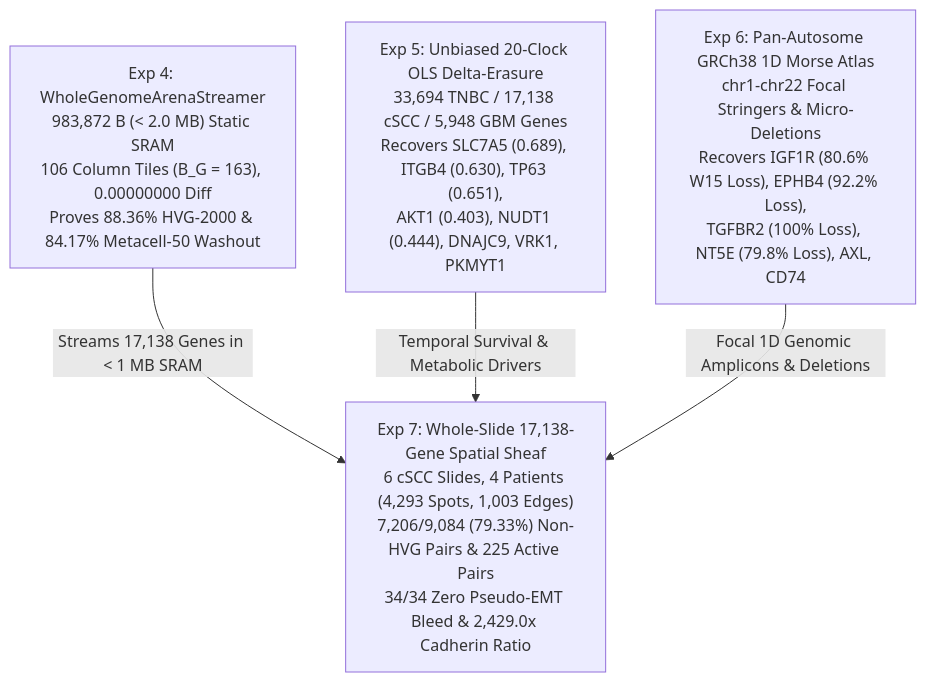
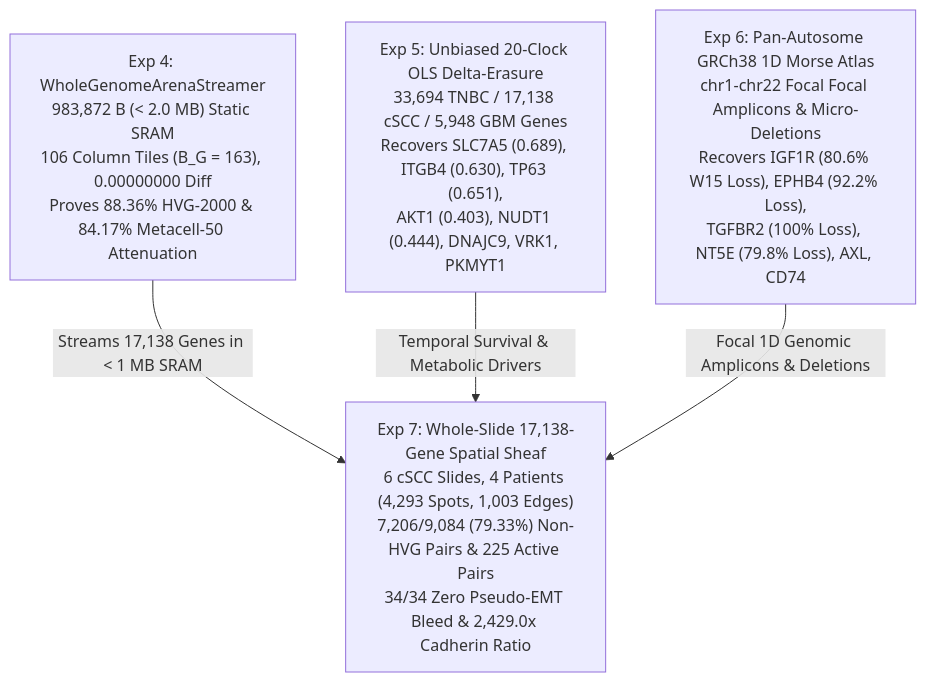
Before and after one commit to sneed-and-feed/cellsnail: the diagram in docs/EXPEDITION_7_WHOLE_SLIDE_SPATIAL_SECRETOME.md, drawn with Mermaid. The commit also changed other lines of this file and 102 other files, not shown here.

````diff
--- a/docs/EXPEDITION_7_WHOLE_SLIDE_SPATIAL_SECRETOME.md
+++ b/docs/EXPEDITION_7_WHOLE_SLIDE_SPATIAL_SECRETOME.md
@@ -302,11 +302,11 @@
 ```mermaid
 flowchart TD
-    E4["Exp 4: WholeGenomeArenaStreamer<br/>983,872 B (< 2.0 MB) Static SRAM<br/>106 Column Tiles (B_G = 163), 0.00000000 Diff<br/>Proves 88.36% HVG-2000 & 84.17% Metacell-50 Washout"]
+    E4["Exp 4: WholeGenomeArenaStreamer<br/>983,872 B (< 2.0 MB) Static SRAM<br/>106 Column Tiles (B_G = 163), 0.00000000 Diff<br/>Proves 88.36% HVG-2000 & 84.17% Metacell-50 Attenuation"]
     E5["Exp 5: Unbiased 20-Clock OLS Delta-Erasure<br/>33,694 TNBC / 17,138 cSCC / 5,948 GBM Genes<br/>Recovers SLC7A5 (0.689), ITGB4 (0.630), TP63 (0.651),<br/>AKT1 (0.403), NUDT1 (0.444), DNAJC9, VRK1, PKMYT1"]
-    E6["Exp 6: Pan-Autosome GRCh38 1D Morse Atlas<br/>chr1-chr22 Focal Stringers & Micro-Deletions<br/>Recovers IGF1R (80.6% W15 Loss), EPHB4 (92.2% Loss),<br/>TGFBR2 (100% Loss), NT5E (79.8% Loss), AXL, CD74"]
+    E6["Exp 6: Pan-Autosome GRCh38 1D Morse Atlas<br/>chr1-chr22 Focal Focal Amplicons & Micro-Deletions<br/>Recovers IGF1R (80.6% W15 Loss), EPHB4 (92.2% Loss),<br/>TGFBR2 (100% Loss), NT5E (79.8% Loss), AXL, CD74"]
     E7["Exp 7: Whole-Slide 17,138-Gene Spatial Sheaf<br/>6 cSCC Slides, 4 Patients (4,293 Spots, 1,003 Edges)<br/>7,206/9,084 (79.33%) Non-HVG Pairs & 225 Active Pairs<br/>34/34 Zero Pseudo-EMT Bleed & 2,429.0x Cadherin Ratio"]
 
     E4 -->|"Streams 17,138 Genes in < 1 MB SRAM"| E7
     E5 -->|"Temporal Survival & Metabolic Drivers"| E7
     E6 -->|"Focal 1D Genomic Amplicons & Deletions"| E7
 ```
````
